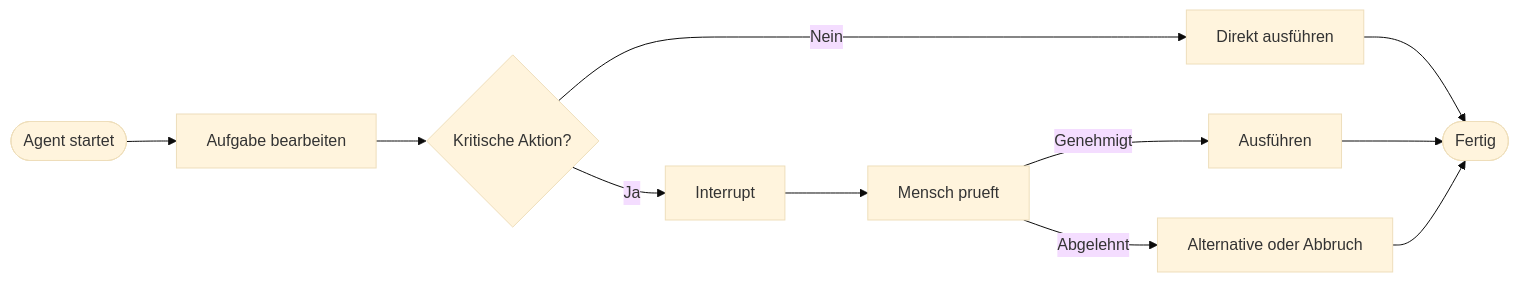
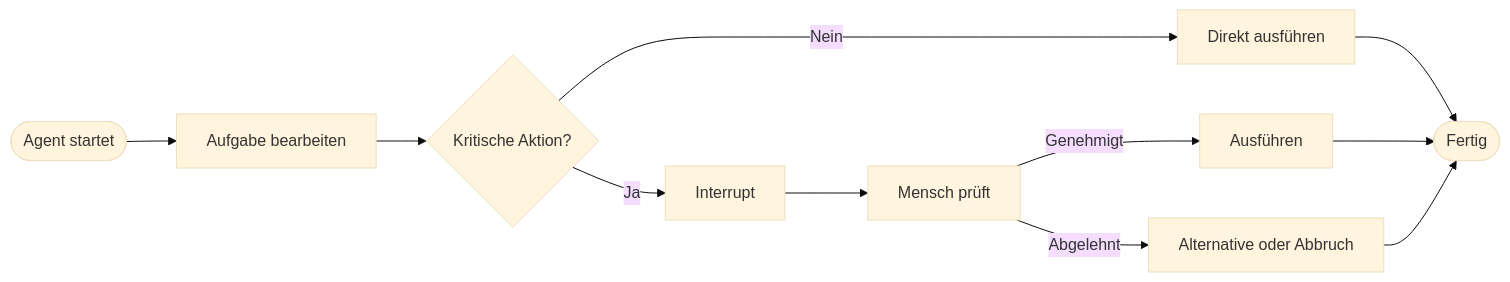
One commit to ralf-42/GenAI changed the first of 2 diagrams in docs/concepts/agentisch/human-in-the-loop.md. Above: the diagram before and after it, drawn with Mermaid (base theme). The commit also changed 21 other files, not shown here.

````diff
--- a/docs/concepts/agentisch/human-in-the-loop.md
+++ b/docs/concepts/agentisch/human-in-the-loop.md
@@ -76,13 +76,13 @@
 ```mermaid
 flowchart LR
     A([Agent startet]) --> B[Aufgabe bearbeiten]
     B --> C{Kritische Aktion?}
     C -->|Nein| D[Direkt ausführen]
     C -->|Ja| E[Interrupt]
-    E --> F[Mensch prueft]
+    E --> F[Mensch prüft]
     F -->|Genehmigt| G[Ausführen]
     F -->|Abgelehnt| H[Alternative oder Abbruch]
     D --> I([Fertig])
     G --> I
     H --> I
 ```
````
